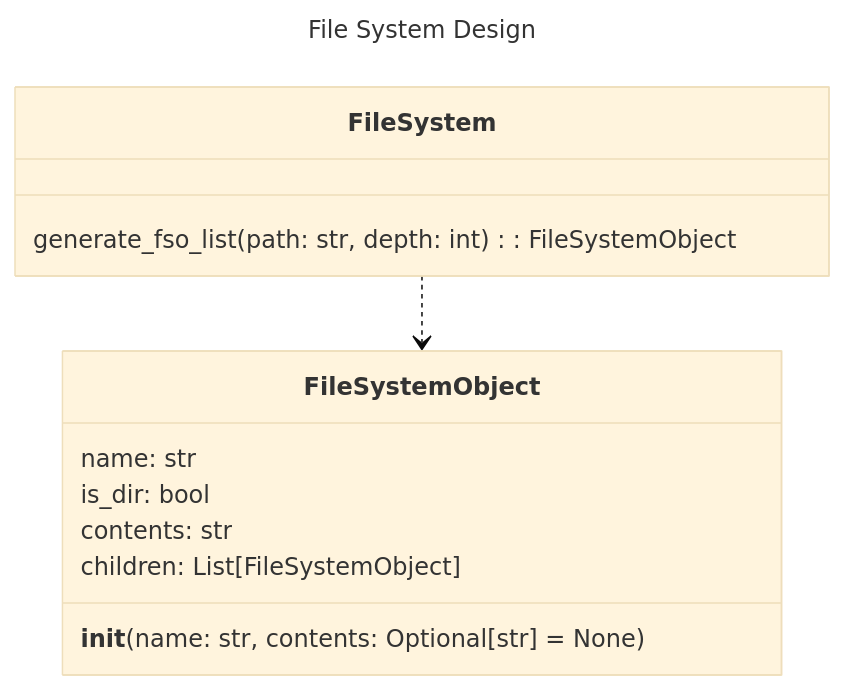
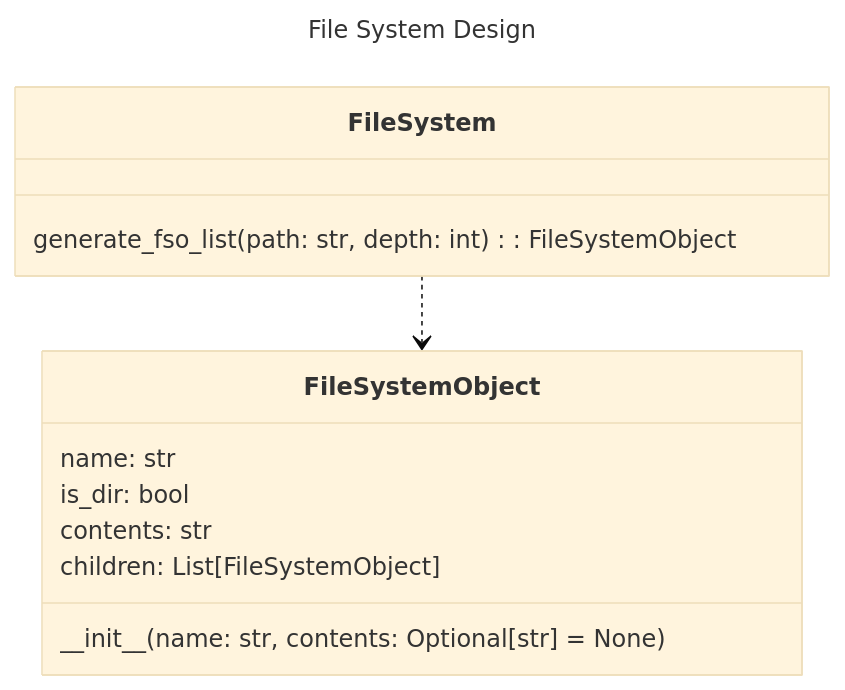
The diagram in docs/assets/src/fs_design.mmd (Oldranda1414/AutoDev), drawn with Mermaid (base theme) before and after one commit. The commit also changed 3 other files, not shown here.

Commit message:
docs: made graphs better

```diff
--- a/docs/assets/src/fs_design.mmd
+++ b/docs/assets/src/fs_design.mmd
@@ -1,17 +1,17 @@
 ---
 title: File System Design
 ---
 classDiagram
     class FileSystem {
         generate_fso_list(path: str, depth: int): FileSystemObject
     }
 
     class FileSystemObject {
-        __init__(name: str, contents: Optional[str] = None)
+        \_\_init\_\_(name: str, contents: Optional[str] = None)
         name: str
         is_dir: bool
         contents: str
         children: List[FileSystemObject]
     }
 
     FileSystem ..> FileSystemObject
```
